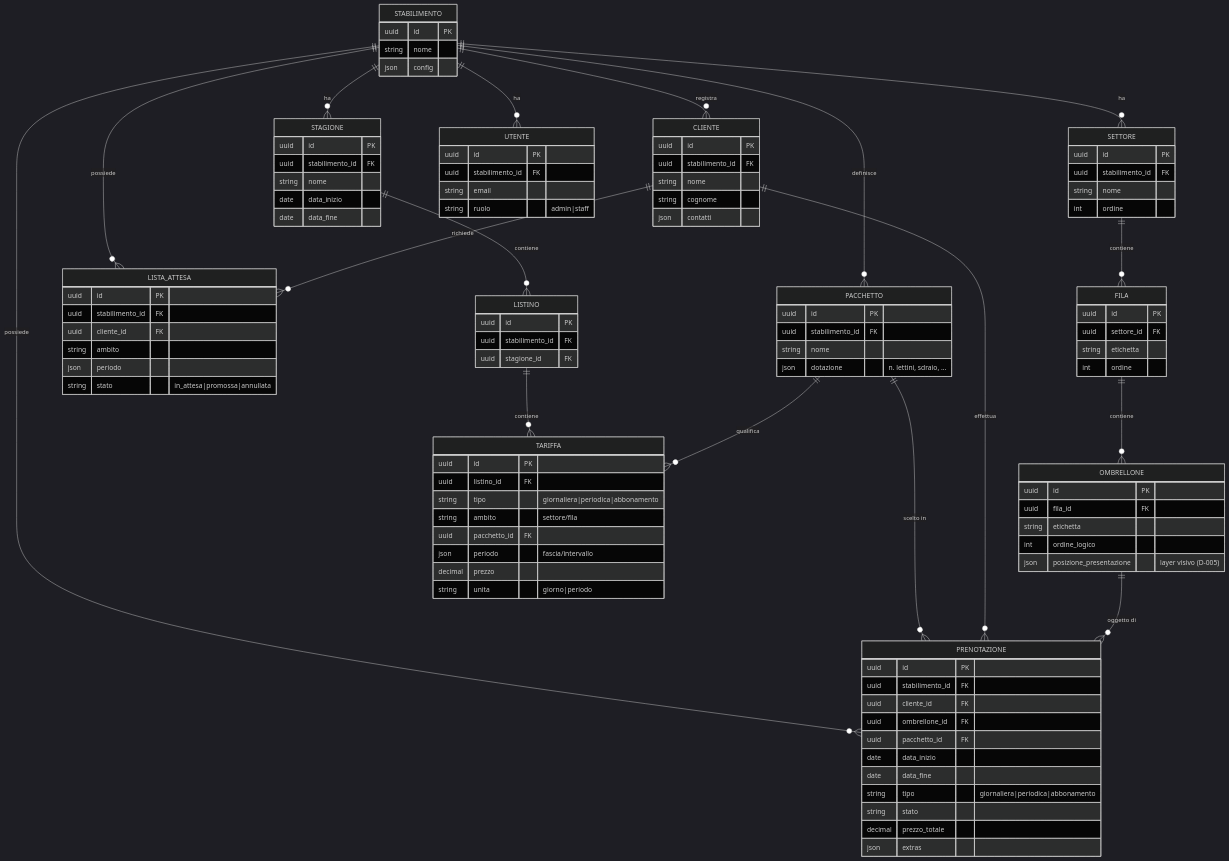
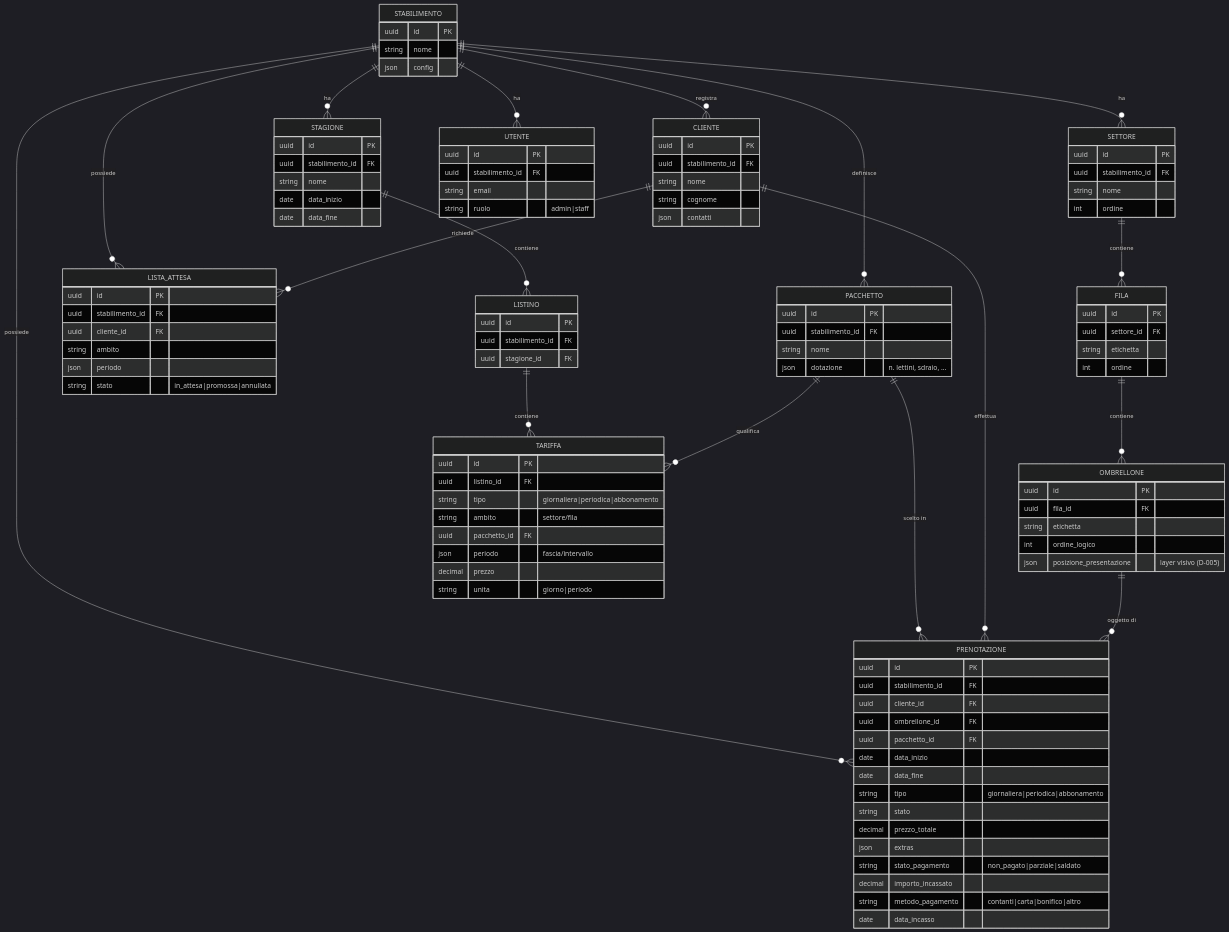
Before and after one commit to devfrx/coralyn: the diagram in docs/design/data-model.md, drawn with Mermaid (dark theme). The commit also changed other lines of this file and 3 other files, not shown here.

```diff
--- a/docs/design/data-model.md
+++ b/docs/design/data-model.md
@@ -95,6 +95,10 @@
         string stato
         decimal prezzo_totale
         json extras
+        string stato_pagamento "non_pagato|parziale|saldato"
+        decimal importo_incassato
+        string metodo_pagamento "contanti|carta|bonifico|altro"
+        date data_incasso
     }
     LISTA_ATTESA {
         uuid id PK
```
